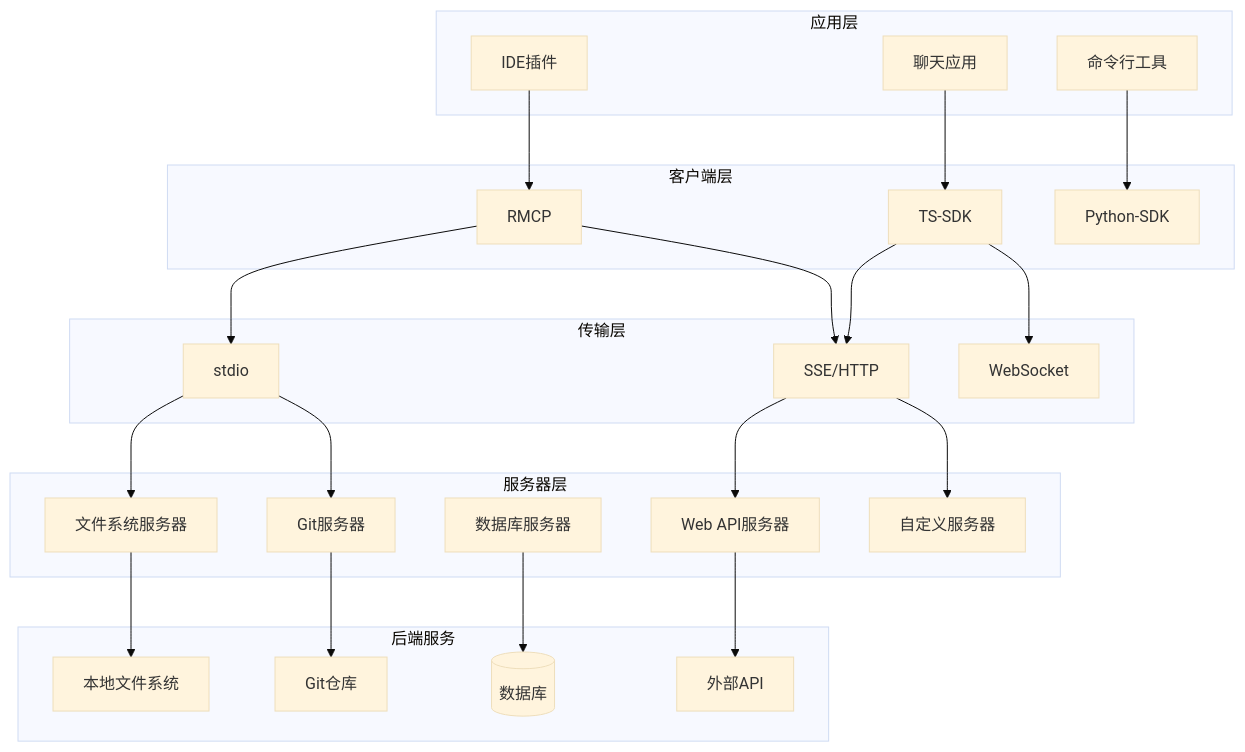
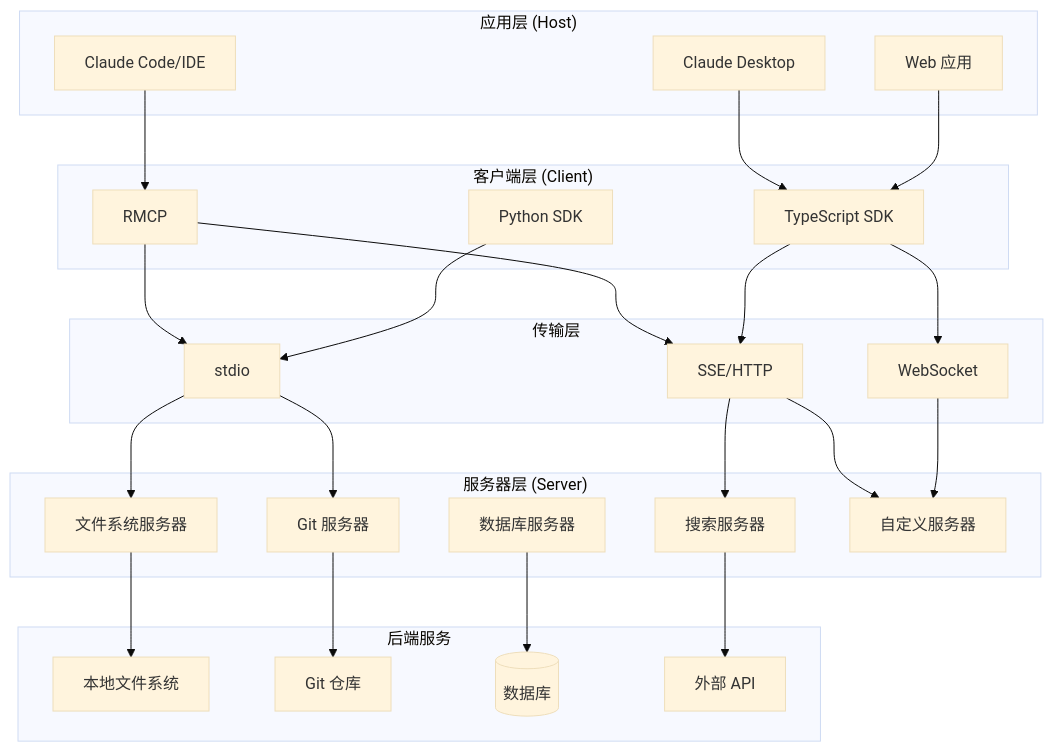
Diagram 12 of 12 in progress/external-mcp-interaction-flows.md (MiyakoMeow/neco), drawn with Mermaid (base theme) before and after one commit. The commit also changed other lines of this file and 9 other files, not shown here.

````diff
--- a/progress/external-mcp-interaction-flows.md
+++ b/progress/external-mcp-interaction-flows.md
@@ -250,54 +454,56 @@
 ```mermaid
 graph TB
-    subgraph "应用层"
-        IDE[IDE插件]
-        Chat[聊天应用]
-        CLI[命令行工具]
+    subgraph "应用层 (Host)"
+        IDE[Claude Code/IDE]
+        Desktop[Claude Desktop]
+        Web[Web 应用]
     end
 
-    subgraph "客户端层"
+    subgraph "客户端层 (Client)"
         RustClient[RMCP]
-        TSClient[TS-SDK]
-        PyClient[Python-SDK]
+        TSClient[TypeScript SDK]
+        PyClient[Python SDK]
     end
 
     subgraph "传输层"
         Stdio[stdio]
         HTTP[SSE/HTTP]
-        WebSocket[WebSocket]
+        WS[WebSocket]
     end
 
-    subgraph "服务器层"
-        FileSystem[文件系统服务器]
-        Git[Git服务器]
-        Database[数据库服务器]
-        WebAPI[Web API服务器]
+    subgraph "服务器层 (Server)"
+        FS[文件系统服务器]
+        Git[Git 服务器]
+        DB[数据库服务器]
+        Search[搜索服务器]
         Custom[自定义服务器]
     end
 
     subgraph "后端服务"
         Files[本地文件系统]
-        GitRepo[Git仓库]
-        DB[(数据库)]
-        API[外部API]
+        Repos[Git 仓库]
+        Database[(数据库)]
+        WebAPI[外部 API]
     end
 
     IDE --> RustClient
-    Chat --> TSClient
-    CLI --> PyClient
+    Desktop --> TSClient
+    Web --> TSClient
 
     RustClient --> Stdio
     RustClient --> HTTP
     TSClient --> HTTP
-    TSClient --> WebSocket
+    TSClient --> WS
+    PyClient --> Stdio
 
-    Stdio --> FileSystem
+    Stdio --> FS
     Stdio --> Git
-    HTTP --> WebAPI
+    HTTP --> Search
     HTTP --> Custom
+    WS --> Custom
 
-    FileSystem --> Files
-    Git --> GitRepo
-    Database --> DB
-    WebAPI --> API
+    FS --> Files
+    Git --> Repos
+    DB --> Database
+    Search --> WebAPI
 ```
````
